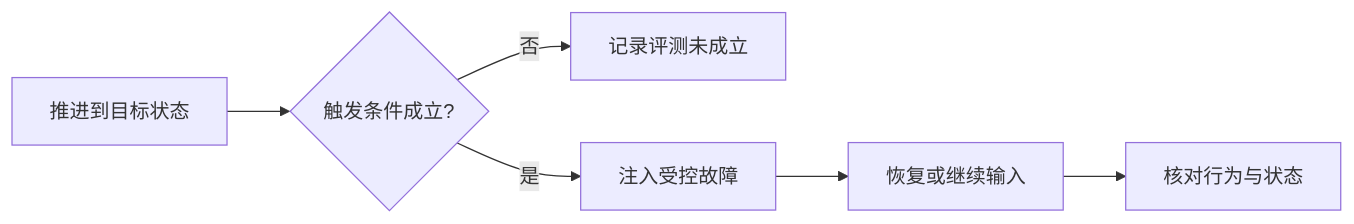
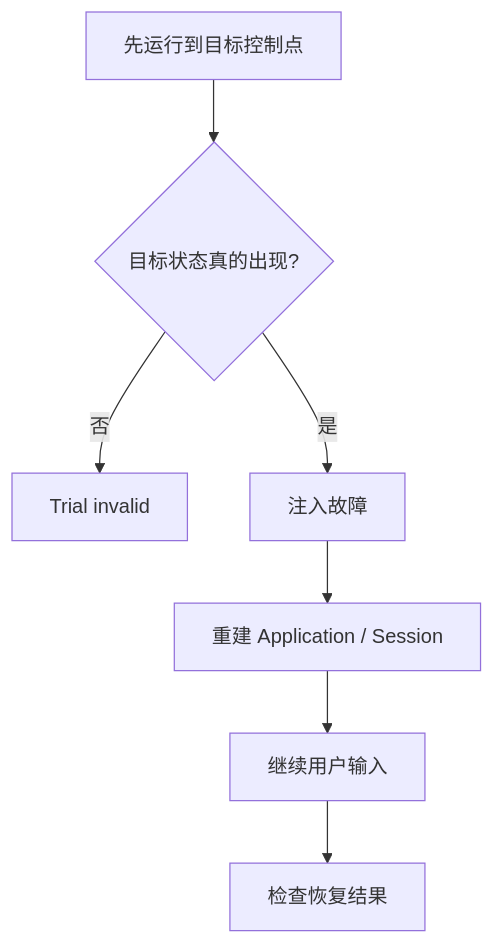
The eighth of 12 diagrams in docs/14-evaluation-design.md (Arthur999459up/GitAgent), drawn with Mermaid before and after one commit. The commit also changed other lines of this file and 29 other files, not shown here.

````diff
--- a/docs/14-evaluation-design.md
+++ b/docs/14-evaluation-design.md
@@ -152,8 +332,9 @@
 ```mermaid
-flowchart LR
-    A[推进到目标状态] --> B{触发条件成立?}
-    B -->|否| C[记录评测未成立]
-    B -->|是| D[注入受控故障]
-    D --> E[恢复或继续输入]
-    E --> F[核对行为与状态]
+flowchart TD
+    A[先运行到目标控制点] --> T{目标状态真的出现?}
+    T -->|否| I[Trial invalid]
+    T -->|是| F[注入故障]
+    F --> R[重建 Application / Session]
+    R --> U[继续用户输入]
+    U --> V[检查恢复结果]
 ```
````
